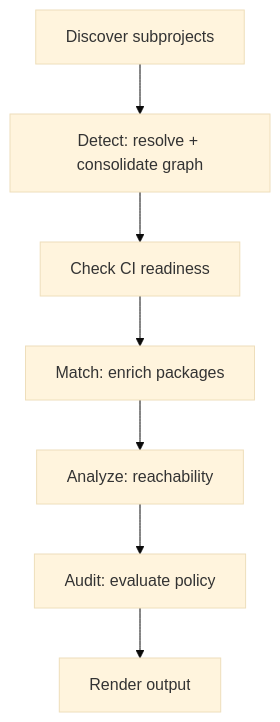
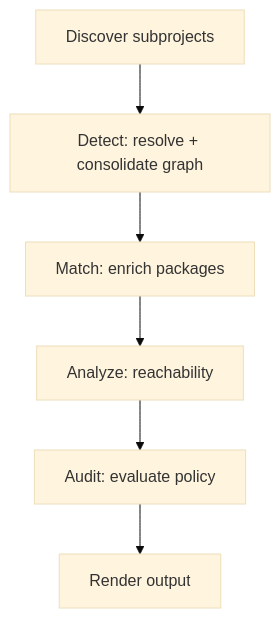
The first of 3 diagrams in docs/ARCHITECTURE.md (bomly-dev/bomly-cli), drawn with Mermaid (base theme) before and after one commit. The commit also changed other lines of this file and 40 other files, not shown here.

````diff
--- a/docs/ARCHITECTURE.md
+++ b/docs/ARCHITECTURE.md
@@ -22,12 +22,11 @@
 ```mermaid
 flowchart TD
     A[Discover subprojects]
     B[Detect: resolve + consolidate graph]
-    B2[Check CI readiness]
     C[Match: enrich packages]
     D[Analyze: reachability]
     E[Audit: evaluate policy]
     F[Render output]
 
-    A --> B --> B2 --> C --> D --> E --> F
+    A --> B --> C --> D --> E --> F
 ```
````
